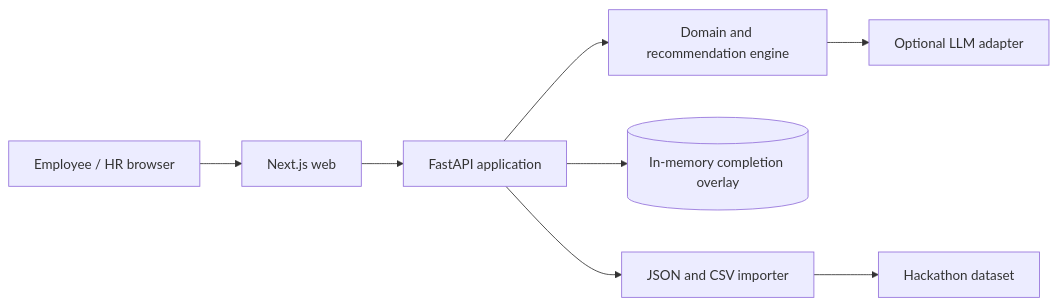
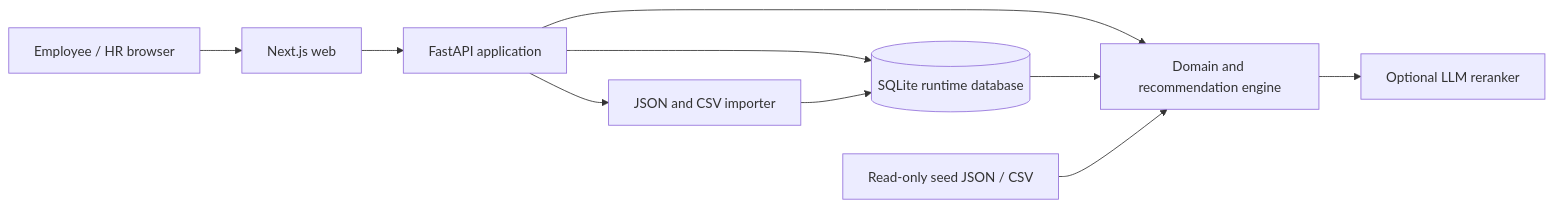
The first of 2 diagrams in docs/ARCHITECTURE.md (BAITC-Hacks/hack-efa741b1-qaldy-ai), drawn with Mermaid before and after one commit. The commit also changed other lines of this file and 11 other files, not shown here.

````diff
--- a/docs/ARCHITECTURE.md
+++ b/docs/ARCHITECTURE.md
@@ -19,10 +19,12 @@
 ```mermaid
 flowchart LR
     Browser[Employee / HR browser] --> Web[Next.js web]
     Web --> API[FastAPI application]
     API --> Domain[Domain and recommendation engine]
-    API --> Overlay[(In-memory completion overlay)]
+    API --> DB[(SQLite runtime database)]
+    DB --> Domain
     API --> Importer[JSON and CSV importer]
-    Domain --> LLM[Optional LLM adapter]
-    Importer --> Seed[Hackathon dataset]
+    Importer --> DB
+    Seed[Read-only seed JSON / CSV] --> Domain
+    Domain --> LLM[Optional LLM reranker]
 ```
````
